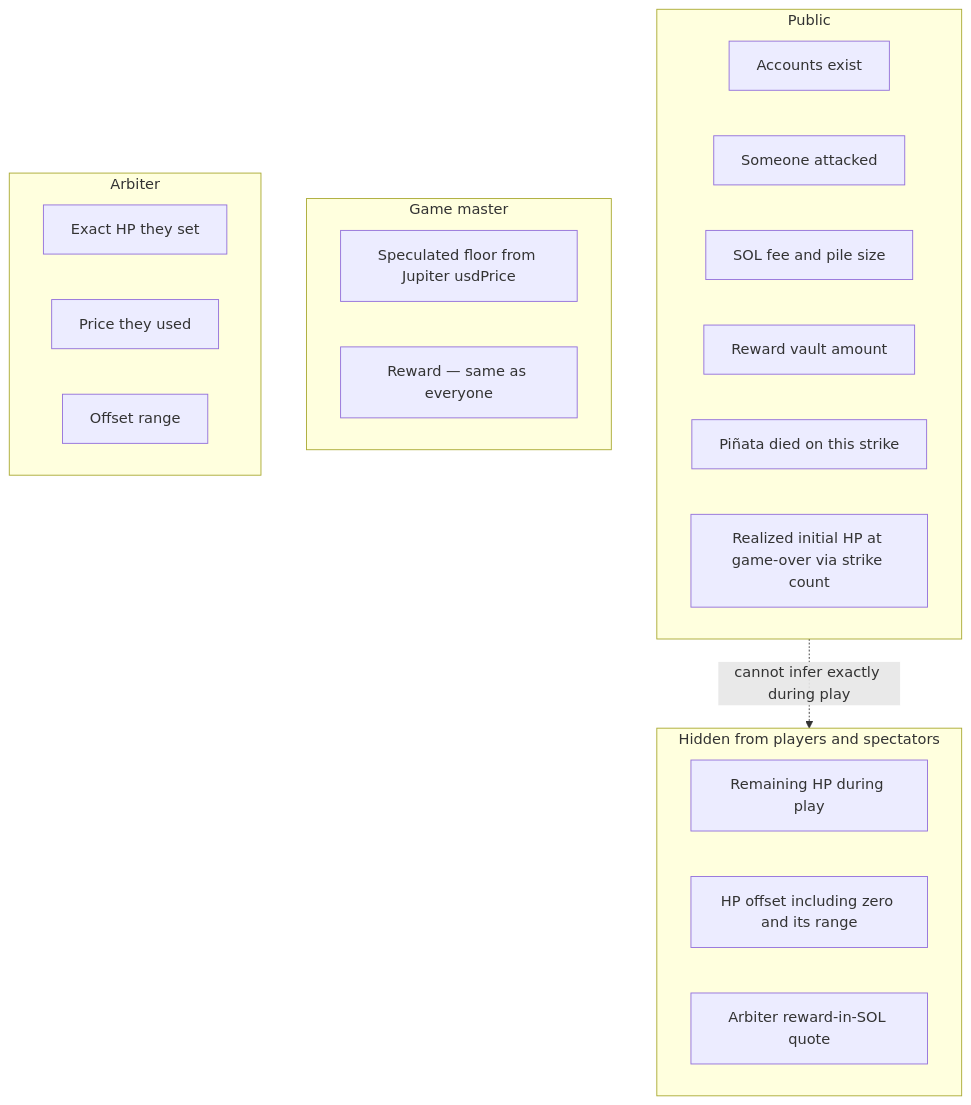
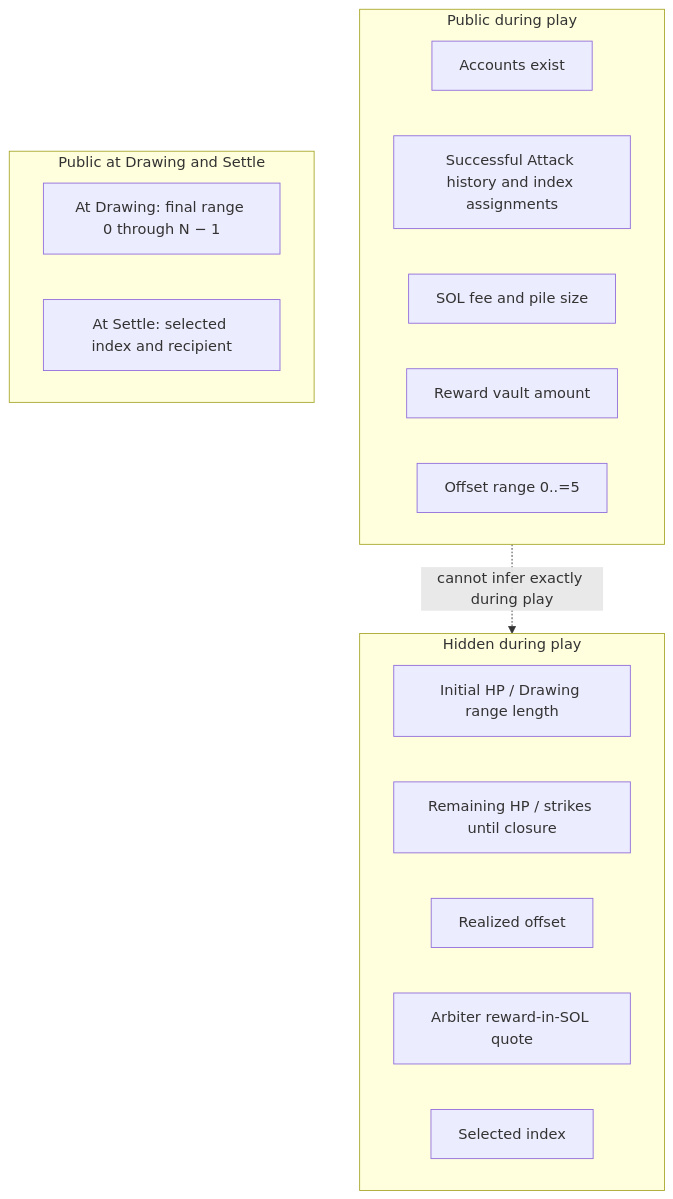
The first of 3 diagrams in docs/confidential-balances.md (kilogold/confidential-pinata), drawn with Mermaid before and after one commit. The commit also changed other lines of this file and 8 other files, not shown here.

````diff
--- a/docs/confidential-balances.md
+++ b/docs/confidential-balances.md
@@ -25,26 +27,22 @@
 ```mermaid
 flowchart TB
-  subgraph public [Public]
+  subgraph public [Public during play]
     accounts[Accounts exist]
-    attacks[Someone attacked]
+    attacks[Successful Attack history and index assignments]
     solFee[SOL fee and pile size]
     rewardAmt[Reward vault amount]
-    died[Piñata died on this strike]
-    realizedHp[Realized initial HP at game-over via strike count]
+    offsetRange[Offset range 0..=5]
   end
-  subgraph hiddenFromPublic [Hidden from players and spectators]
-    hp[Remaining HP during play]
-    offset[HP offset including zero and its range]
+  subgraph hiddenFromPublic [Hidden during play]
+    initialHp[Initial HP / Drawing range length]
+    remainingHp[Remaining HP / strikes until closure]
+    offset[Realized offset]
     arbiterPrice[Arbiter reward-in-SOL quote]
+    selected[Selected index]
   end
-  subgraph gmKnows [Game master]
-    guess[Speculated floor from Jupiter usdPrice]
-    rewardPublic[Reward — same as everyone]
+  subgraph publicAtClosure [Public at Drawing and Settle]
+    finalN[At Drawing: final range 0 through N − 1]
+    payout[At Settle: selected index and recipient]
   end
-  subgraph arbiterKnows [Arbiter]
-    exactHp[Exact HP they set]
-    priceUsed[Price they used]
-    offsetRange[Offset range]
-  end
-  public -.->|"cannot infer exactly during play"| hiddenFromPublic
+  public -.->|cannot infer exactly during play| hiddenFromPublic
 ```
````
